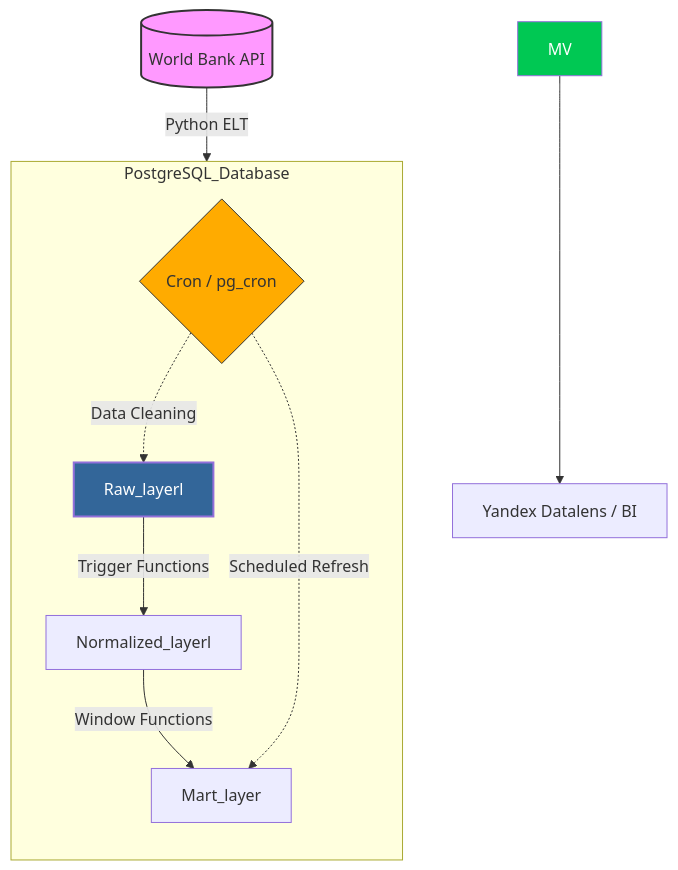
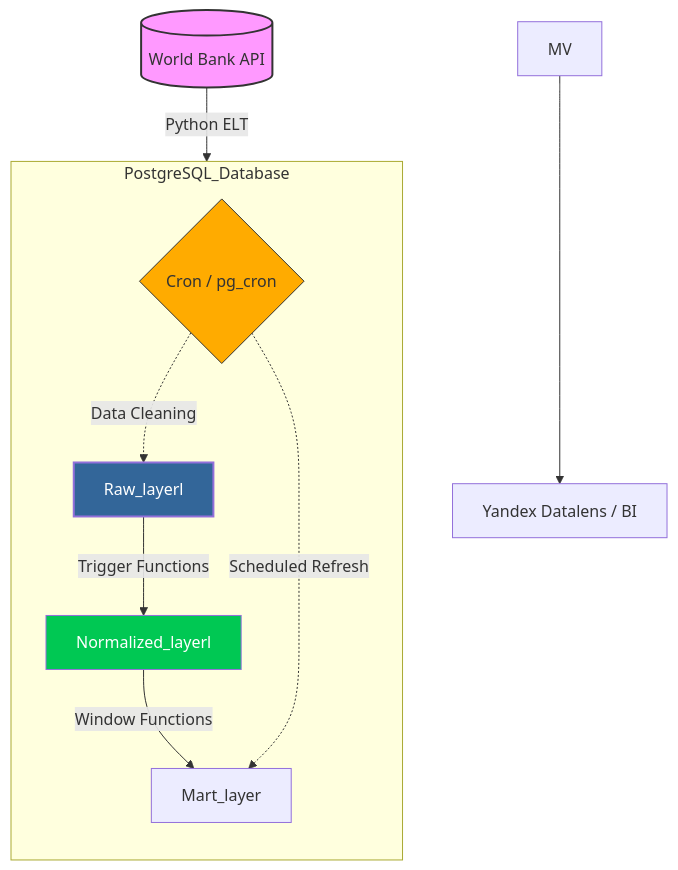
The diagram in README.md (ososovyan/WB_data_collector), drawn with Mermaid before and after one commit. The commit also changed other lines of this file, not shown here.

````diff
--- a/README.md
+++ b/README.md
@@ -37,25 +37,25 @@
 ```mermaid
 graph TD
     %% Источник данных
     WB[(World Bank API)] --> |Python ELT| RL[Raw_layerl]
 
     %% Внутренняя логика БД
     subgraph PostgreSQL_Database
         direction TB
         RL --> |Trigger Functions| NL[Normalized_layerl]
         
         NL --> |Window Functions| ML[Mart_layer]
         
         CRON{Cron / pg_cron} -.-> |Scheduled Refresh| ML
         CRON -.-> |Data Cleaning| RL
     end
 
     %% Выход данных
     MV --> API[Yandex Datalens / BI ]
     
     %% Стилизация (чтобы было красиво)
     style WB fill:#f9f,stroke:#333,stroke-width:2px
     style RL fill:#336699,color:#fff,stroke-width:2px
-    style MV fill:#00c853,color:#fff
+    style NL fill:#00c853,color:#fff
     style CRON fill:#ffab00,stroke:#333
 ```
````
